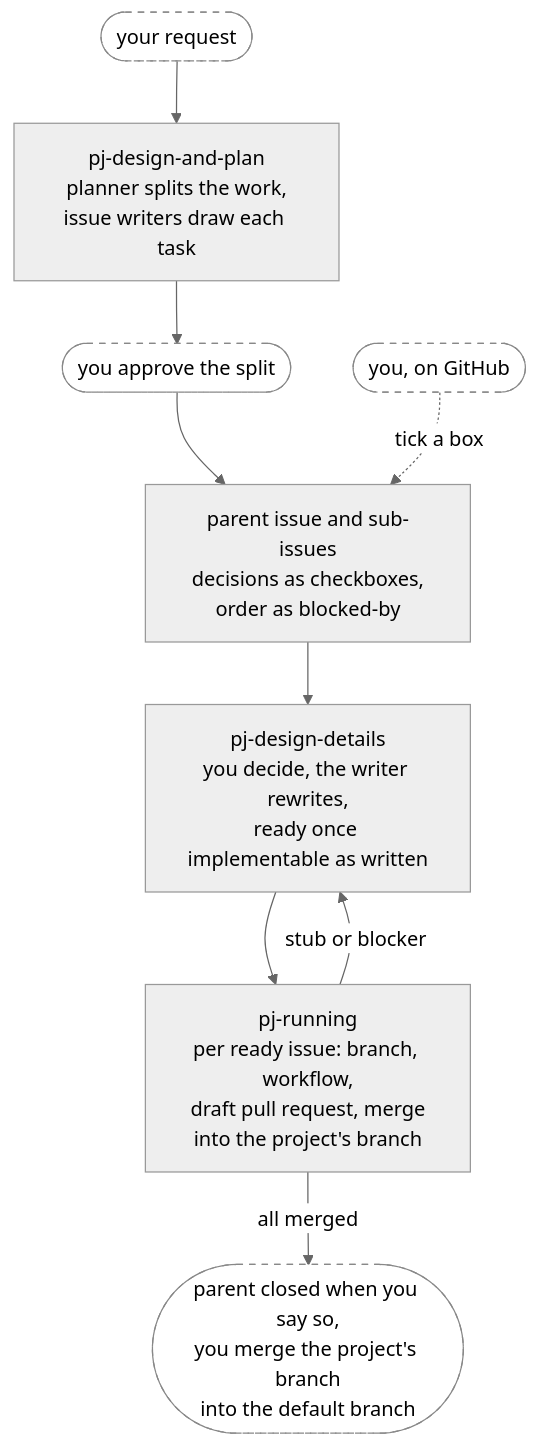
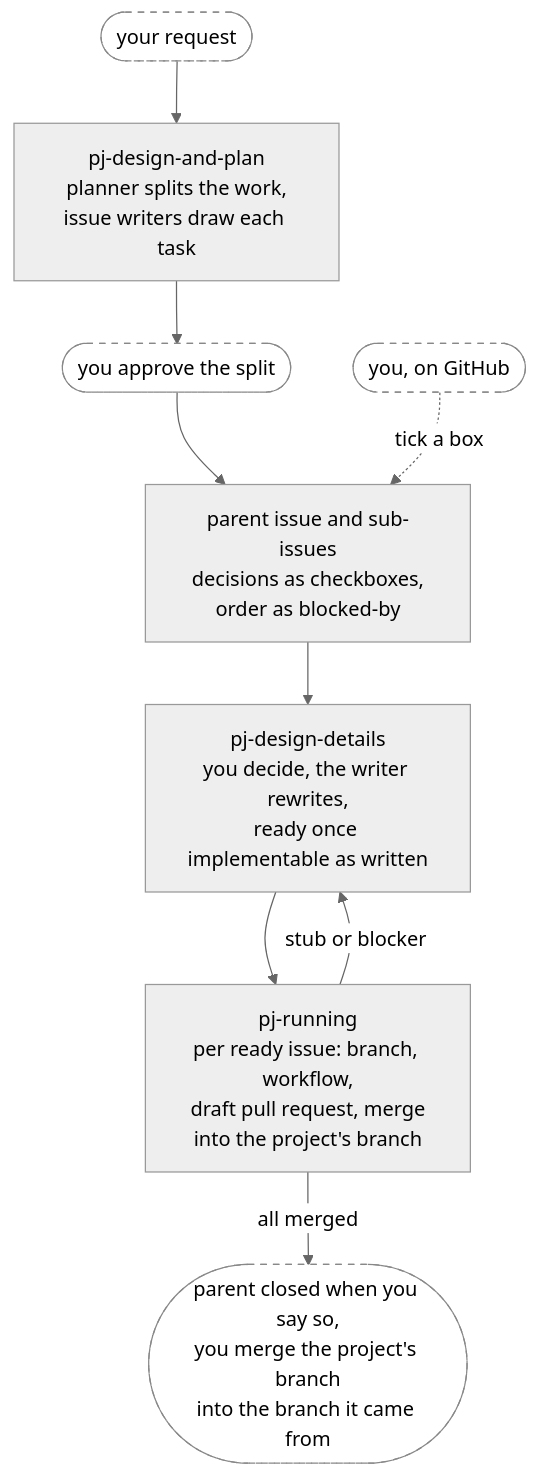
One commit to annetaan/claude-plugins changed the second of 3 diagrams in plugins/annetaan/README.md. Above: the diagram before and after it, drawn with Mermaid (neutral theme). The commit also changed other lines of this file and 7 other files, not shown here.

First line of the commit message:
feat: let the user pick the branch a pj project starts from (#8)

````diff
--- a/plugins/annetaan/README.md
+++ b/plugins/annetaan/README.md
@@ -127,14 +128,14 @@
 ```mermaid
 flowchart TD
     req(["your request"]) --> plan["pj-design-and-plan<br/>planner splits the work,<br/>issue writers draw each task"]
     plan --> approve(["you approve the split"]) --> filed["parent issue and sub-issues<br/>decisions as checkboxes,<br/>order as blocked-by"]
     filed --> details["pj-design-details<br/>you decide, the writer rewrites,<br/>ready once implementable as written"]
     details --> run["pj-running<br/>per ready issue: branch, workflow,<br/>draft pull request, merge<br/>into the project's branch"]
     run -->|"stub or blocker"| details
-    run -->|"all merged"| done(["parent closed when you say so,<br/>you merge the project's branch<br/>into the default branch"])
+    run -->|"all merged"| done(["parent closed when you say so,<br/>you merge the project's branch<br/>into the branch it came from"])
 
     you(["you, on GitHub"]) -.->|"tick a box"| filed
 
     classDef human fill:#fff,stroke:#888,stroke-dasharray: 5 5
     class req,approve,you,done human
 ```
````
